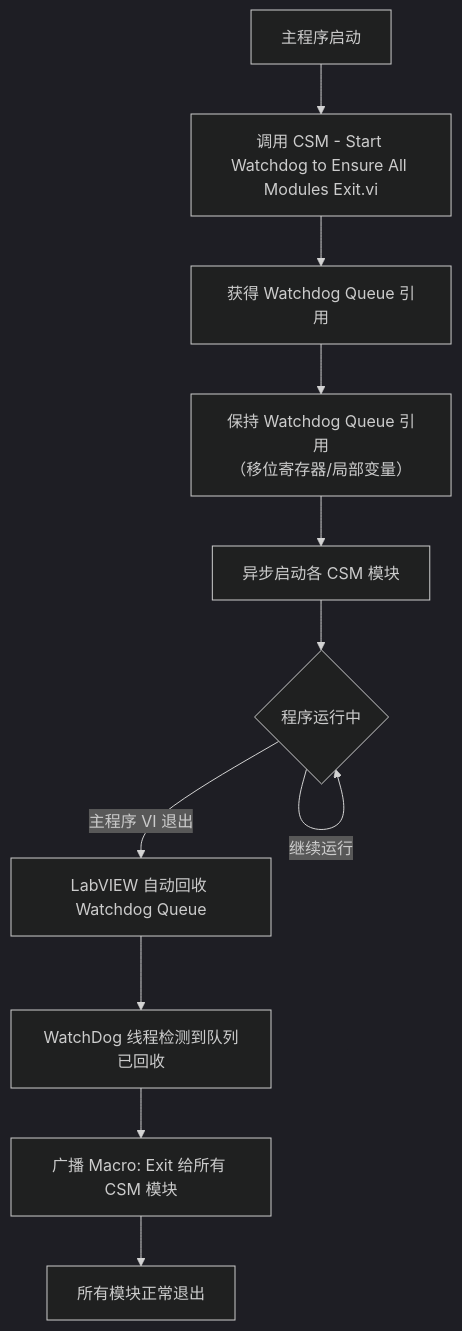
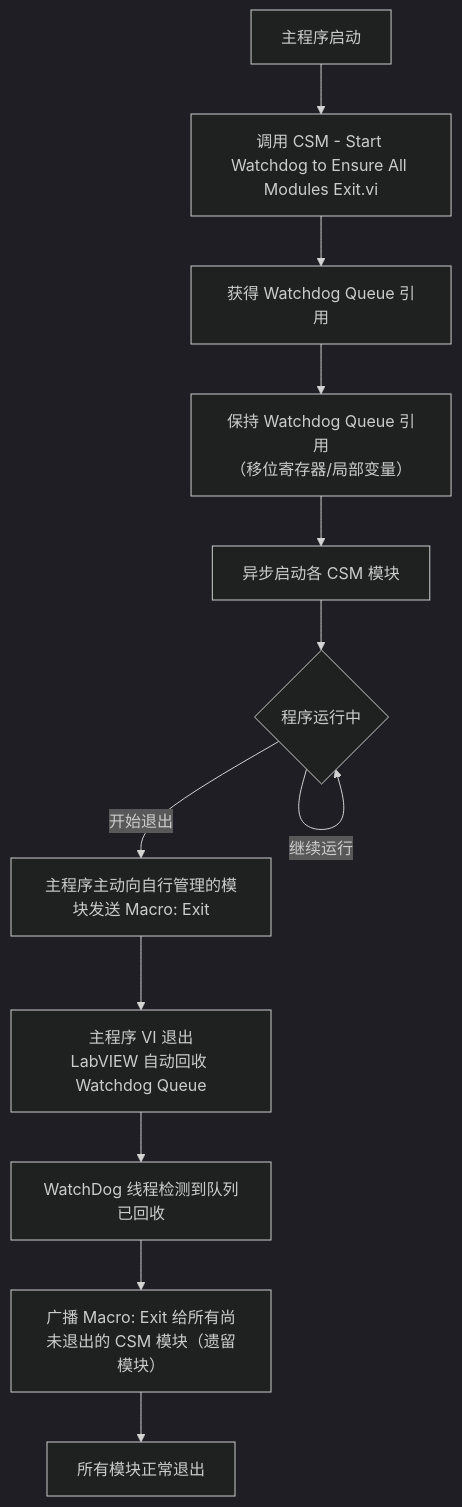
One commit to NEVSTOP-LAB/CSM-Wiki changed the second of 2 diagrams in docs/plugins/watchdog.md. Above: the diagram before and after it, drawn with Mermaid (dark theme). The commit also changed other lines of this file, not shown here.

Commit message:
Clarify WatchDog as safety net for leftover modules; update diagrams and remove extra references

````diff
--- a/docs/plugins/watchdog.md
+++ b/docs/plugins/watchdog.md
@@ -69,13 +76,14 @@
 ```mermaid
 flowchart TD
     A[主程序启动] --> B["调用 CSM - Start Watchdog to Ensure All Modules Exit.vi"]
     B --> C[获得 Watchdog Queue 引用]
     C --> D[保持 Watchdog Queue 引用\n（移位寄存器/局部变量）]
     D --> E[异步启动各 CSM 模块]
     E --> F{程序运行中}
     F -->|继续运行| F
-    F -->|主程序 VI 退出| G[LabVIEW 自动回收 Watchdog Queue]
-    G --> H[WatchDog 线程检测到队列已回收]
-    H --> I["广播 Macro: Exit 给所有 CSM 模块"]
-    I --> J[所有模块正常退出]
+    F -->|开始退出| G[主程序主动向自行管理的模块发送 Macro: Exit]
+    G --> H[主程序 VI 退出\nLabVIEW 自动回收 Watchdog Queue]
+    H --> I[WatchDog 线程检测到队列已回收]
+    I --> J["广播 Macro: Exit 给所有尚未退出的 CSM 模块（遗留模块）"]
+    J --> K[所有模块正常退出]
 ```
````
